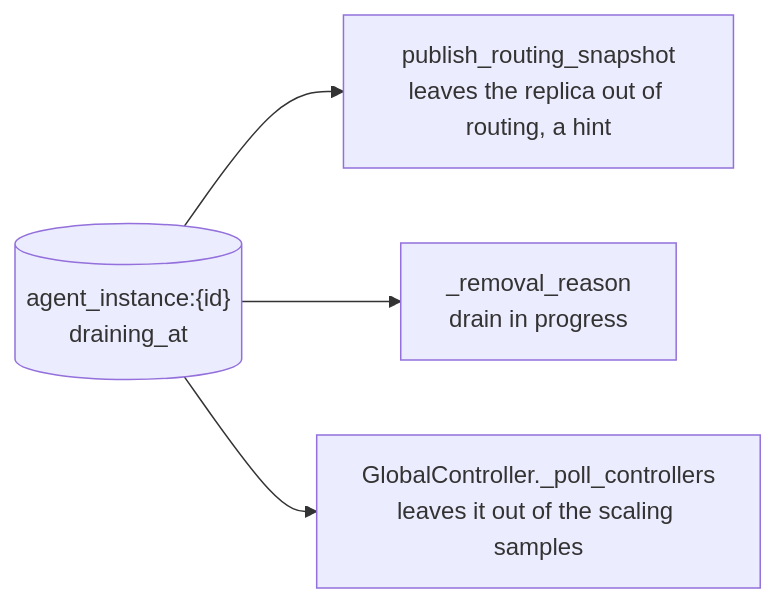
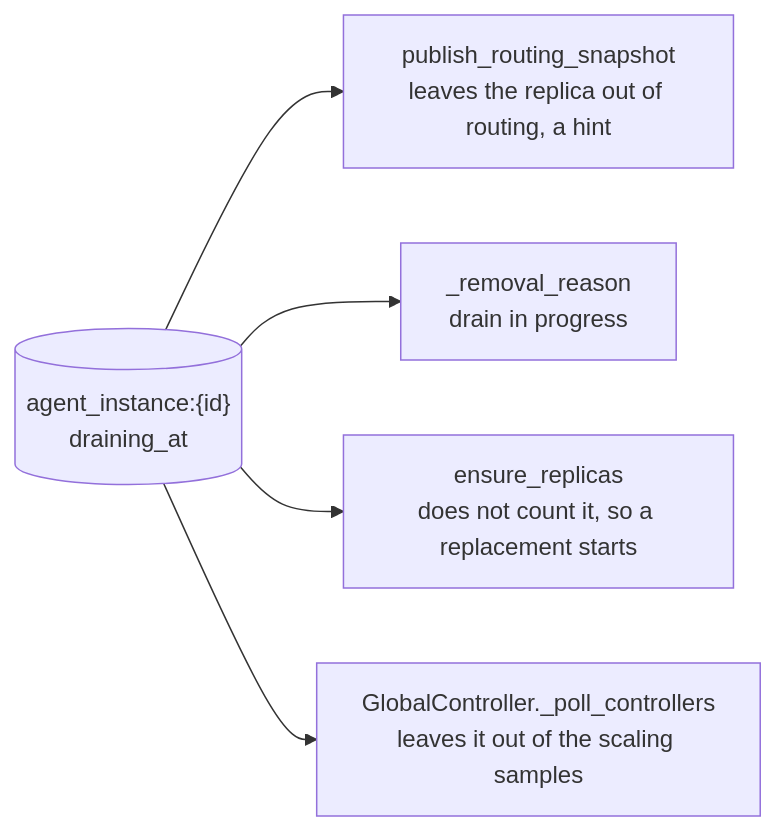
One commit to CanyonCodeCoreAI/canyonos changed the fourth of 4 diagrams in docs/architecture/RECONCILER.md. Above: the diagram before and after it, drawn with Mermaid. The commit also changed other lines of this file and 49 other files, not shown here.

````diff
--- a/docs/architecture/RECONCILER.md
+++ b/docs/architecture/RECONCILER.md
@@ -209,6 +292,7 @@
 ```mermaid
 flowchart LR
     da[("agent_instance:{id}<br/>draining_at")] --> pub["publish_routing_snapshot<br/>leaves the replica out of routing, a hint"]
     da --> reason["_removal_reason<br/>drain in progress"]
+    da --> fill["ensure_replicas<br/>does not count it, so a replacement starts"]
     da --> poll["GlobalController._poll_controllers<br/>leaves it out of the scaling samples"]
 ```
````
